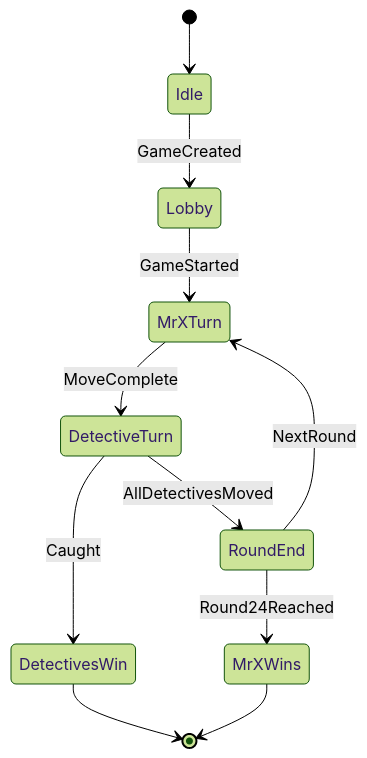
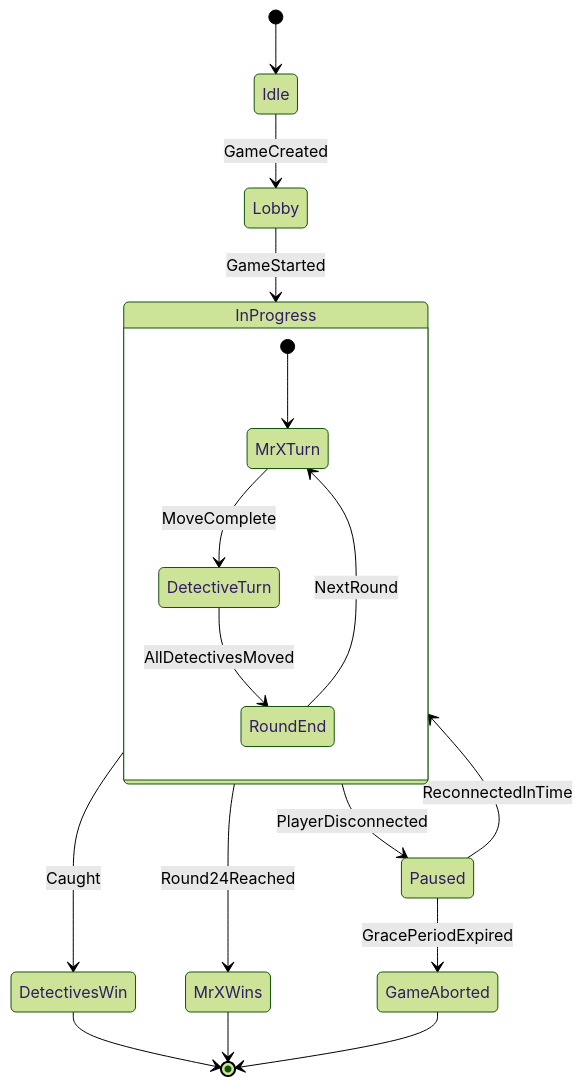
One commit to Ming-Bao/Scotland-Yard changed the first of 3 diagrams in documentation/plans/states-diagrams.md. Above: the diagram before and after it, drawn with Mermaid (forest theme). The commit also changed other lines of this file, not shown here.

Commit message:
added errors to state diagrams

````diff
--- a/documentation/plans/states-diagrams.md
+++ b/documentation/plans/states-diagrams.md
@@ -3,15 +5,26 @@
 ```mermaid
 stateDiagram-v2
     direction TB
 
     [*] --> Idle
     Idle --> Lobby : GameCreated
-    Lobby --> MrXTurn : GameStarted
-    MrXTurn --> DetectiveTurn : MoveComplete
-    DetectiveTurn --> RoundEnd : AllDetectivesMoved
-    DetectiveTurn --> DetectivesWin : Caught
-    RoundEnd --> MrXTurn : NextRound
-    RoundEnd --> MrXWins : Round24Reached
+    Lobby --> InProgress : GameStarted
+
+    state InProgress {
+        [*] --> MrXTurn
+        MrXTurn --> DetectiveTurn : MoveComplete
+        DetectiveTurn --> RoundEnd : AllDetectivesMoved
+        RoundEnd --> MrXTurn : NextRound
+    }
+
+    InProgress --> Paused : PlayerDisconnected
+    Paused --> InProgress : ReconnectedInTime
+    Paused --> GameAborted : GracePeriodExpired
+
+    InProgress --> DetectivesWin : Caught
+    InProgress --> MrXWins : Round24Reached
+
     DetectivesWin --> [*]
     MrXWins --> [*]
+    GameAborted --> [*]
 ```
````
